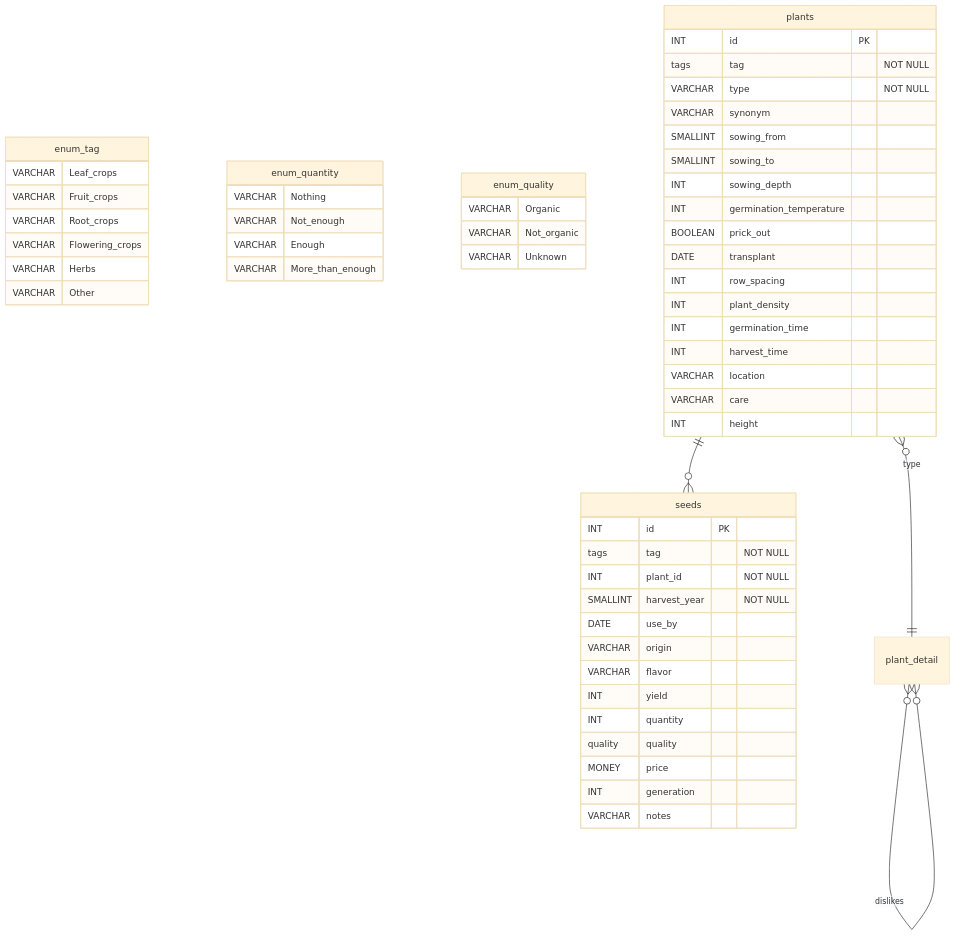
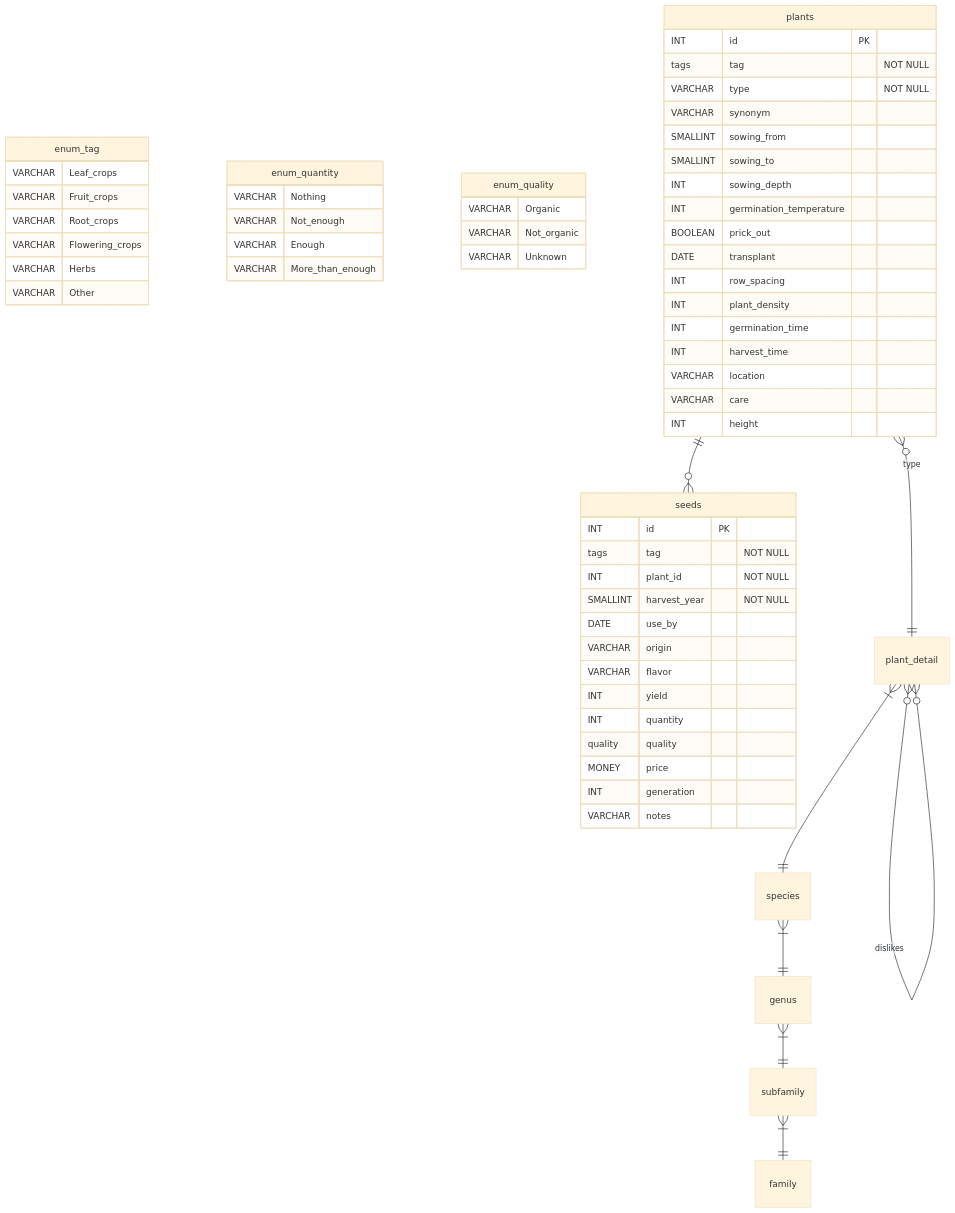
One commit to ElektraInitiative/PermaplanT changed the diagram in doc/architecture/database_schemata.md. Above: the diagram before and after it, drawn with Mermaid (base theme). The commit also changed 2 other files, not shown here.

Commit message:
update the decision

````diff
--- a/doc/architecture/database_schemata.md
+++ b/doc/architecture/database_schemata.md
@@ -9,72 +9,85 @@
 ```mermaid
 erDiagram
 
 enum_tag {
   VARCHAR Leaf_crops
   VARCHAR Fruit_crops
   VARCHAR Root_crops
   VARCHAR Flowering_crops
   VARCHAR Herbs
   VARCHAR Other
 }
 
 enum_quantity {
   VARCHAR Nothing
   VARCHAR Not_enough
   VARCHAR Enough
   VARCHAR More_than_enough
 }
 
 enum_quality {
   VARCHAR Organic
   VARCHAR Not_organic
   VARCHAR Unknown
 }
 
 seeds {
   INT id PK
   tags tag "NOT NULL"
   INT plant_id "NOT NULL"
   SMALLINT harvest_year "NOT NULL"
   DATE use_by
   VARCHAR origin
   VARCHAR flavor
   INT yield
   INT quantity
   quality quality
   MONEY price
   INT generation
   VARCHAR notes
 }
 
 plants {
   INT id PK
   tags tag "NOT NULL"
   VARCHAR type "NOT NULL"
   VARCHAR synonym
   SMALLINT sowing_from
   SMALLINT sowing_to
   INT sowing_depth
   INT germination_temperature
   BOOLEAN prick_out
   DATE transplant
   INT row_spacing
   INT plant_density
   INT germination_time
   INT harvest_time
   VARCHAR location
   VARCHAR care
   INT height
 }
 
 plant_detail{}
 
 plants }o--|| plant_detail: "type"
 
 plants ||--o{ seeds : ""
 
 plant_detail }o--o{ plant_detail: "likes"
 
 plant_detail }o--o{ plant_detail: "dislikes"
 
+species{}
+genus{}
+subfamily{}
+family{}
+
+plant_detail }|--|| species : ""
+species }|--|| genus : ""
+genus }|--|| subfamily : ""
+subfamily }|--|| family : ""
+
+
+
+
 ```
````
